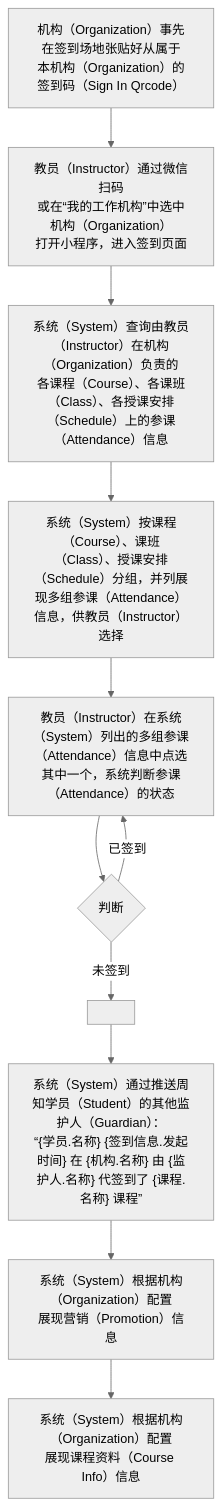
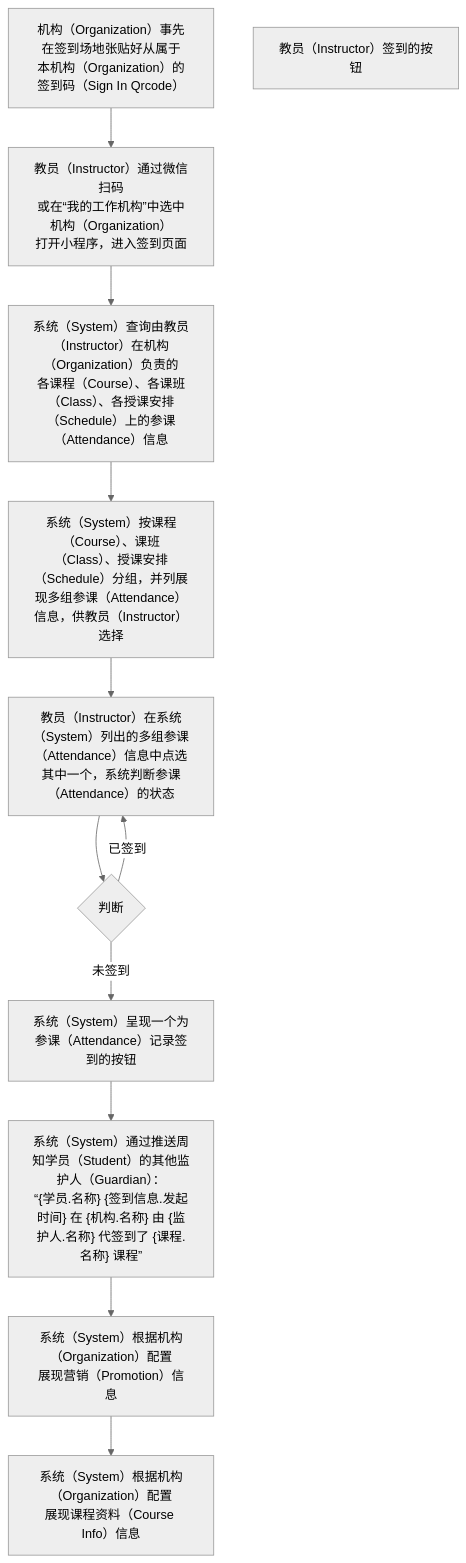
Before and after one commit to world-wide-web/sign: the third of 3 diagrams in 用例/签到.md, drawn with Mermaid (neutral theme). The commit also changed other lines of this file, not shown here.

````diff
--- a/用例/签到.md
+++ b/用例/签到.md
@@ -81,23 +81,24 @@
 ```mermaid
 graph TD
 A["<center>机构（Organization）事先在签到场地张贴好从属于<br>本机构（Organization）的签到码（Sign In Qrcode）</center>"]
 B["<center>教员（Instructor）通过微信扫码<br>或在“我的工作机构”中选中机构（Organization）<br>打开小程序，进入签到页面</center>"]
 C["<center>系统（System）查询由教员（Instructor）在机构（Organization）负责的<br>各课程（Course）、各课班（Class）、各授课安排（Schedule）上的参课（Attendance）信息"]
 D["<center>系统（System）按课程（Course）、课班（Class）、授课安排（Schedule）分组，并列展现多组参课（Attendance）信息，供教员（Instructor）选择</center>"]
 E["<center>教员（Instructor）在系统（System）列出的多组参课（Attendance）信息中点选其中一个，系统判断参课（Attendance）的状态</center>"]
 F{"<center>判断</center>"}
-F1["<center></center>"]
+F1["<center>系统（System）呈现一个为参课（Attendance）记录签到的按钮</center>"]
+F2["<center>教员（Instructor）签到的按钮</center>"]
 G["<center>系统（System）通过推送周知学员（Student）的其他监护人（Guardian）：<br>“{学员.名称} {签到信息.发起时间} 在 {机构.名称} 由 {监护人.名称} 代签到了 {课程.名称} 课程”</center>"]
 H["<center>系统（System）根据机构（Organization）配置<br>展现营销（Promotion）信息</center>"]
 I["<center>系统（System）根据机构（Organization）配置<br>展现课程资料（Course Info）信息</center>"]
 A-->B
 B-->C
 C-->D
 D-->E
 E-->F
 F--已签到-->E
 F--未签到-->F1
 F1-->G
 G-->H
 H-->I
 ```
````
